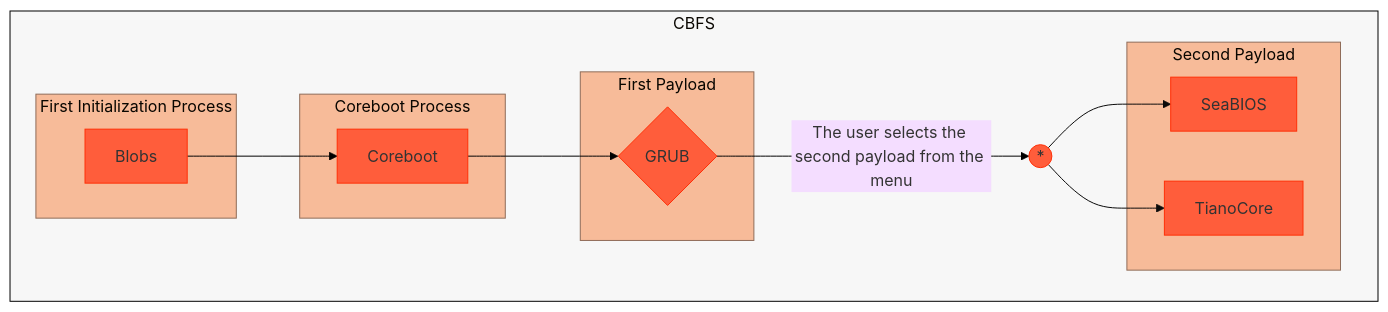
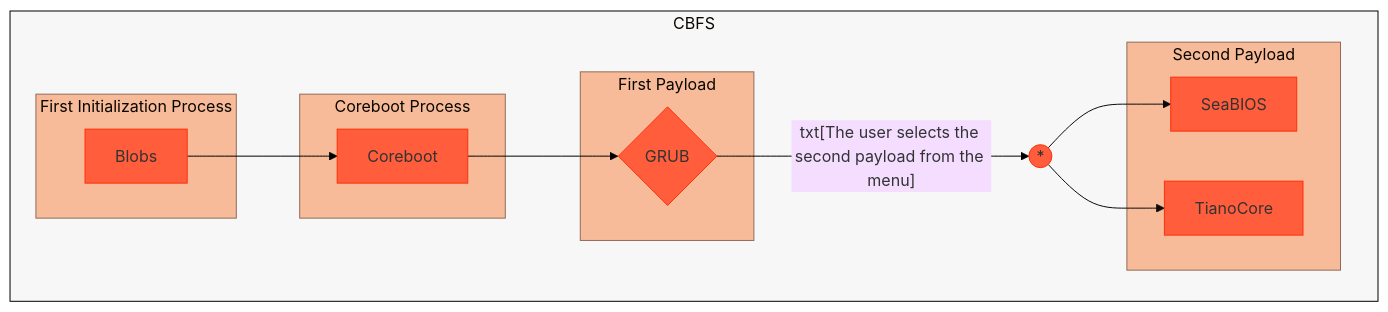
One commit to Ch3ckm4t3C1ph3r/Lenovo-Ideapad-320-14ISK-_Coreboot-Adaptation_ changed the diagram in README.md. Above: the diagram before and after it, drawn with Mermaid.

Commit message:
Update text in README for clarity

````diff
--- a/README.md
+++ b/README.md
@@ -104,44 +104,44 @@
 ```mermaid
 ---
 config:
   theme: 'base'
 ---
 flowchart LR;
     %% Definition of style (and class of style) of each element by id (or by class name)
     style cbfs fill:#f7f7f7,stroke:#000000,stroke-width:1px;
     classDef sbgStyle fill:#F7BB99,stroke:#8F6C59,stroke-width:1px
     classDef nodeStyle fill:#FF5D3B,stroke:#FF3008,stroke-width:1px
     classDef edgeStyle fill:#000000,stroke:#000000,stroke-width:1px
     
     subgraph cbfs[CBFS]
         direction LR
 
         %% Not publicly documented boot process
         subgraph sbg1[First Initialization Process]
         n1[Blobs]
         end
 
         n1[Blobs] e1@--> n2[Coreboot]
 
         subgraph sbg2[Coreboot Process]
         n2[Coreboot]
         end
     
         n2[Coreboot] e2@--> p1{GRUB}
     
         subgraph sbg3[First Payload]
         p1{GRUB}
         end
         
-        p1{GRUB} e3@--The user selects the second payload from the menu--> UNION((*)) e4@--> p2_1[SeaBIOS] & p2_2[TianoCore]
+        p1{GRUB} e3@--txt[The user selects the second payload from the menu]--> UNION((*)) e4@--> p2_1[SeaBIOS] & p2_2[TianoCore]
     
         subgraph sbg4[Second Payload]
         p2_1[SeaBIOS] & p2_2[TianoCore]
         end
     end
 
     %% Defining the members of each class
     class sbg1,sbg2,sbg3,sbg4 sbgStyle
     class n1,n2,p1,p2_1,p2_2,UNION nodeStyle
     class e1,e2,e3 edgeStyle
 ```
````
